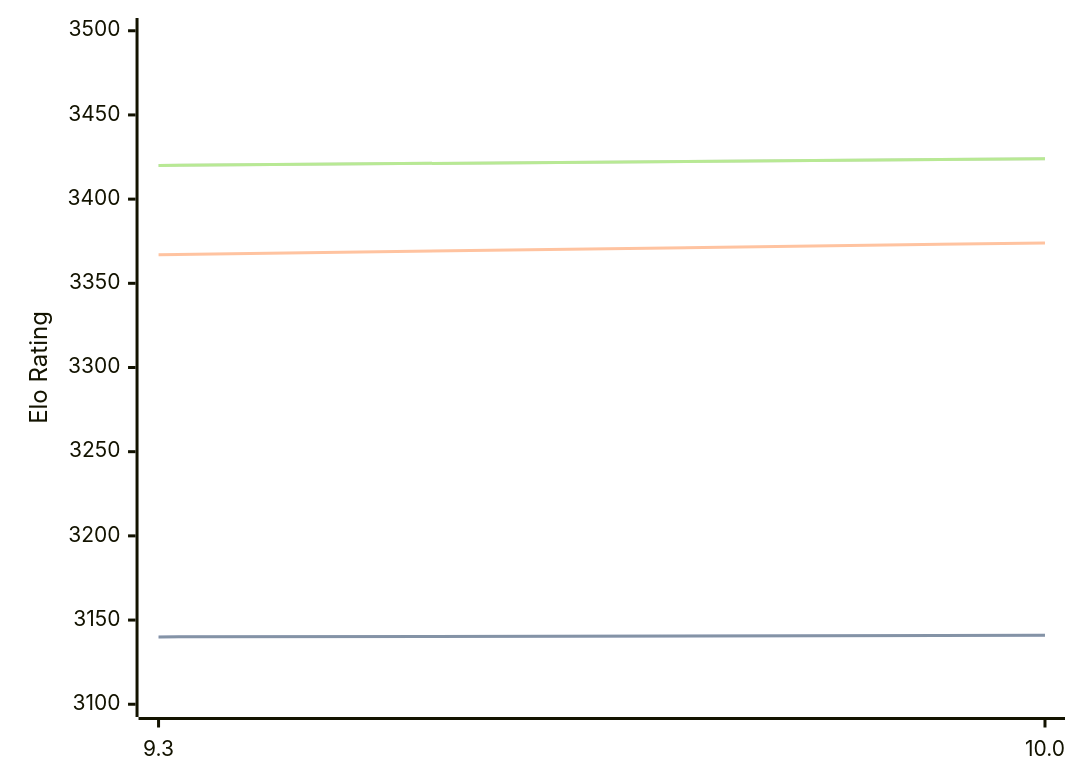
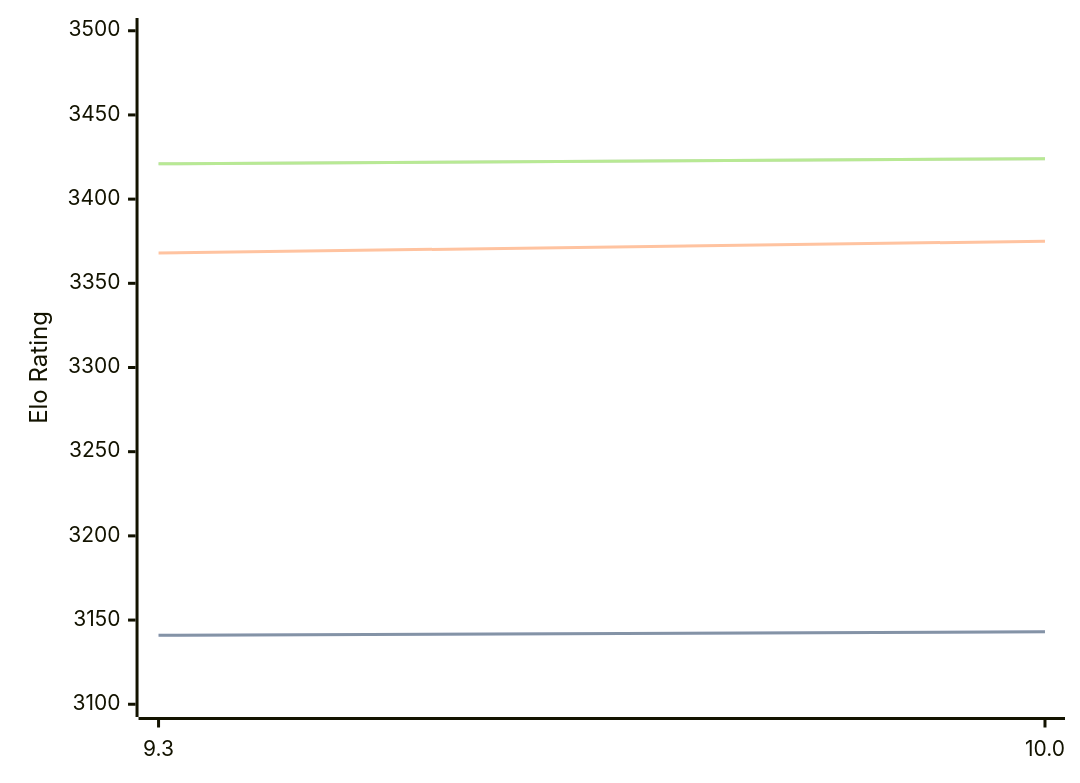
The diagram in engines/Fire.md (computer-chess-index/cci), drawn with Mermaid before and after one commit. The commit also changed other lines of this file, not shown here.

Commit message:
Update CCI Ratings (ELO VLTC) - 2026-08-19

````diff
--- a/engines/Fire.md
+++ b/engines/Fire.md
@@ -32,11 +32,11 @@
 ```mermaid
 %%{init: {"theme":"base","themeVariables":{"seriesColors:['#a3a3a3','#222221','#faa371']}}}%%
 xychart-beta
   x-axis ["9.3", "10.0"]
   y-axis "Elo Rating" 3100 --> 3500
-  line "STC (8.0+0.08s)" [3140, 3141]
-  line "STC (8.0+0.08s)" [3140, 3141]
-  line "LTC (60.0+0.60s)" [3367, 3374]
-  line "VLTC (2m24s+1.12s)" [3420, 3424]
-  line "VLTC (2m24s+1.12s)" [3420, 3424]
+  line "STC (8.0+0.08s)" [3141, 3143]
+  line "STC (8.0+0.08s)" [3141, 3143]
+  line "LTC (60.0+0.60s)" [3368, 3375]
+  line "VLTC (2m24s+1.12s)" [3421, 3424]
+  line "VLTC (2m24s+1.12s)" [3421, 3424]
 ```
````
